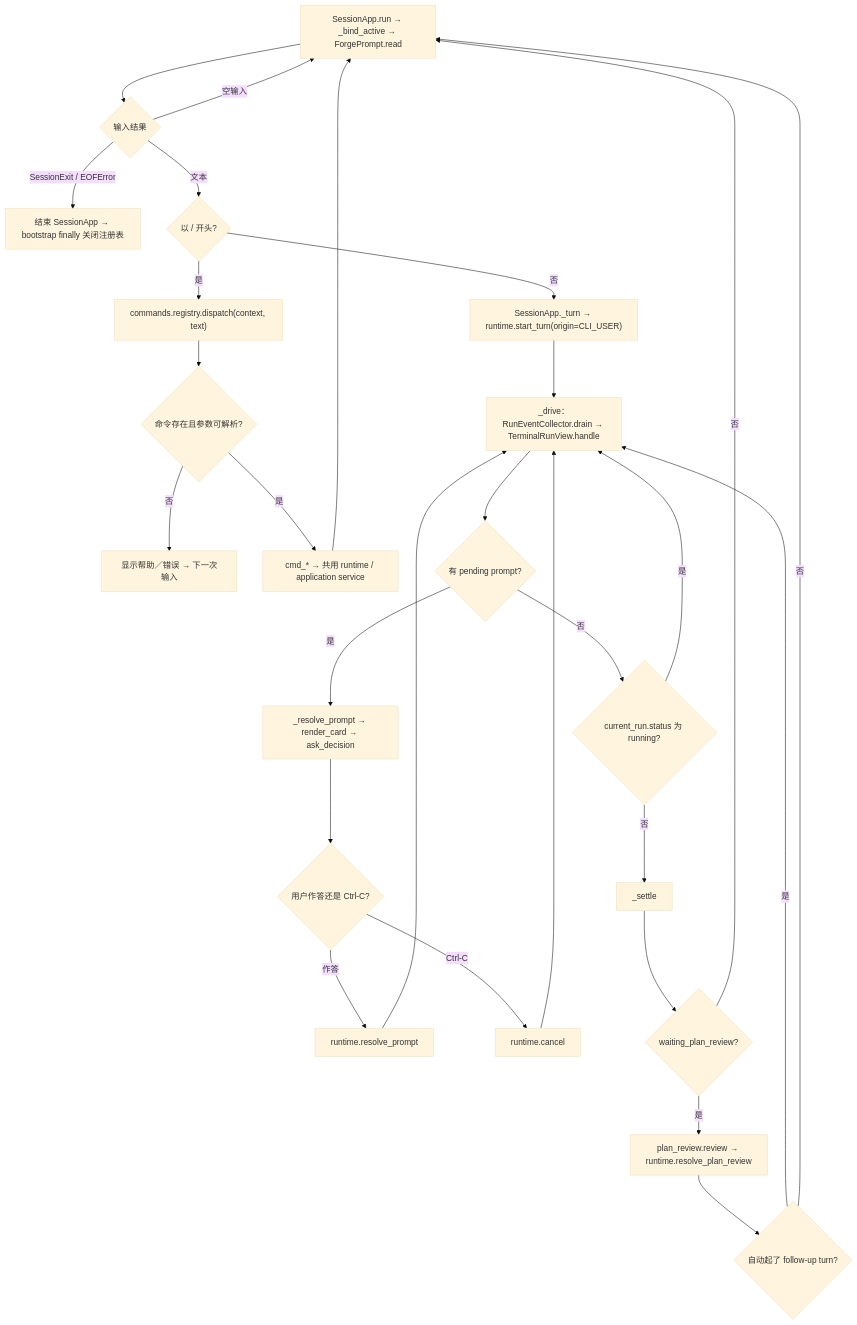
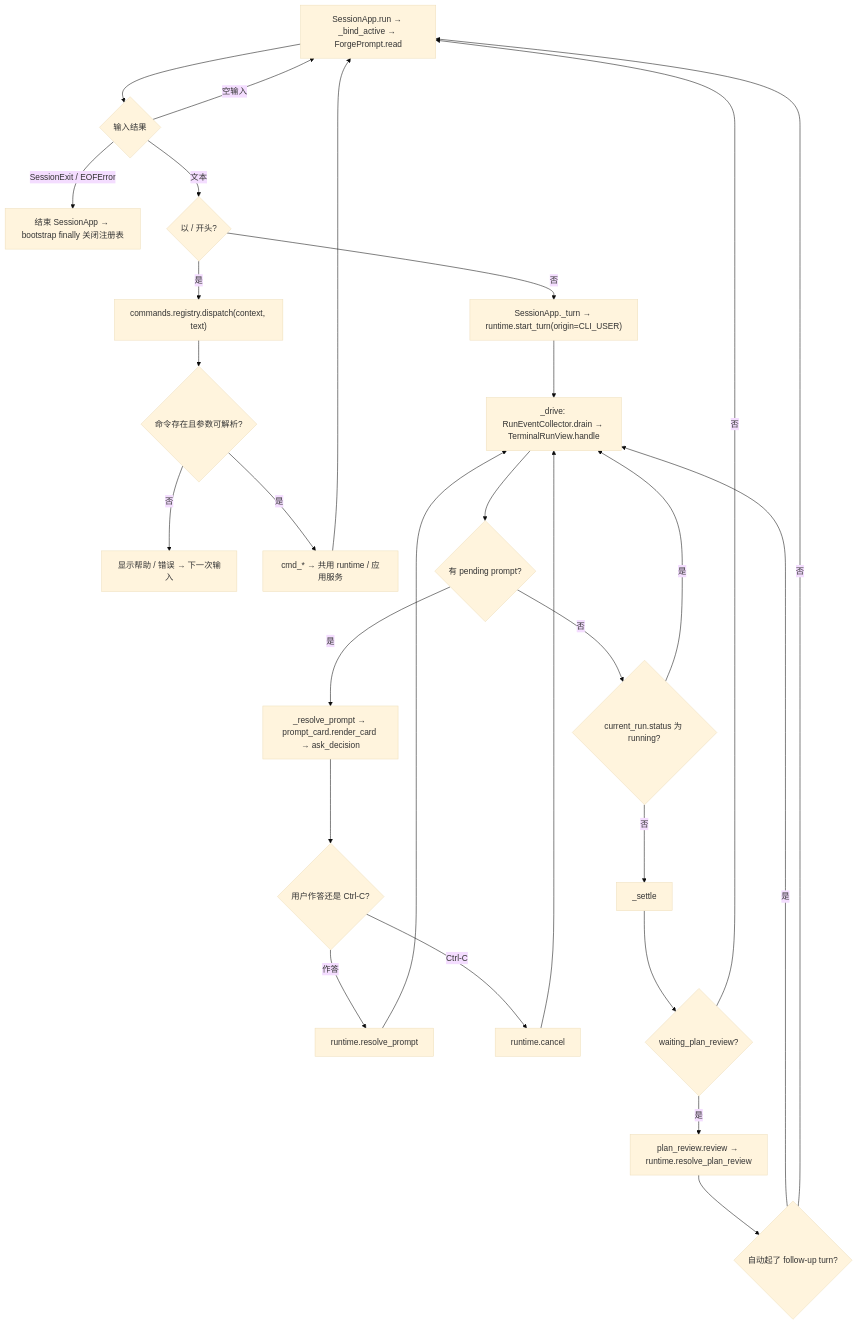
The sixth of 50 diagrams in docs/06-代码阅读线路.md (qubaolai/ForgeCLI), drawn with Mermaid (base theme) before and after one commit. The commit also changed other lines of this file and 292 other files, not shown here.

````diff
--- a/docs/06-代码阅读线路.md
+++ b/docs/06-代码阅读线路.md
@@ -295,30 +318,30 @@
 ```mermaid
 flowchart TD
     A["SessionApp.run → _bind_active → ForgePrompt.read"] --> B{"输入结果"}
     B -->|空输入| A
     B -->|SessionExit / EOFError| Z["结束 SessionApp → bootstrap finally 关闭注册表"]
     B -->|文本| C{"以 / 开头?"}
     C -->|是| D["commands.registry.dispatch(context, text)"]
     D --> E{"命令存在且参数可解析?"}
-    E -->|否| F["显示帮助／错误 → 下一次输入"]
-    E -->|是| G["cmd_* → 共用 runtime / application service"]
+    E -->|否| F["显示帮助 / 错误 → 下一次输入"]
+    E -->|是| G["cmd_* → 共用 runtime / 应用服务"]
     G --> A
     C -->|否| H["SessionApp._turn → runtime.start_turn(origin=CLI_USER)"]
-    H --> I["_drive：RunEventCollector.drain → TerminalRunView.handle"]
+    H --> I["_drive: RunEventCollector.drain → TerminalRunView.handle"]
     I --> J{"有 pending prompt?"}
-    J -->|是| K["_resolve_prompt → render_card → ask_decision"]
+    J -->|是| K["_resolve_prompt → prompt_card.render_card → ask_decision"]
     K --> L{"用户作答还是 Ctrl-C?"}
     L -->|作答| M["runtime.resolve_prompt"]
     L -->|Ctrl-C| N["runtime.cancel"]
     M --> I
     N --> I
     J -->|否| O{"current_run.status 为 running?"}
     O -->|是| I
     O -->|否| P["_settle"]
     P --> Q{"waiting_plan_review?"}
     Q -->|否| A
     Q -->|是| R["plan_review.review → runtime.resolve_plan_review"]
     R --> S{"自动起了 follow-up turn?"}
     S -->|是| I
     S -->|否| A
 ```
````
